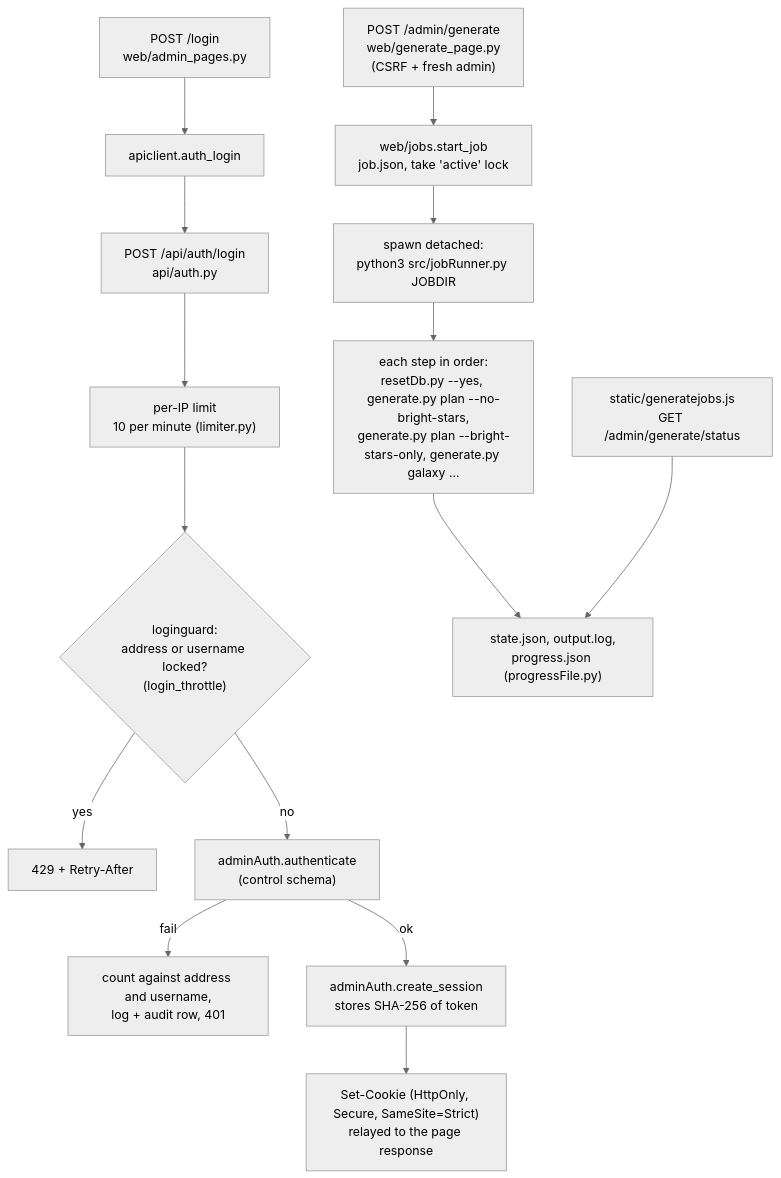
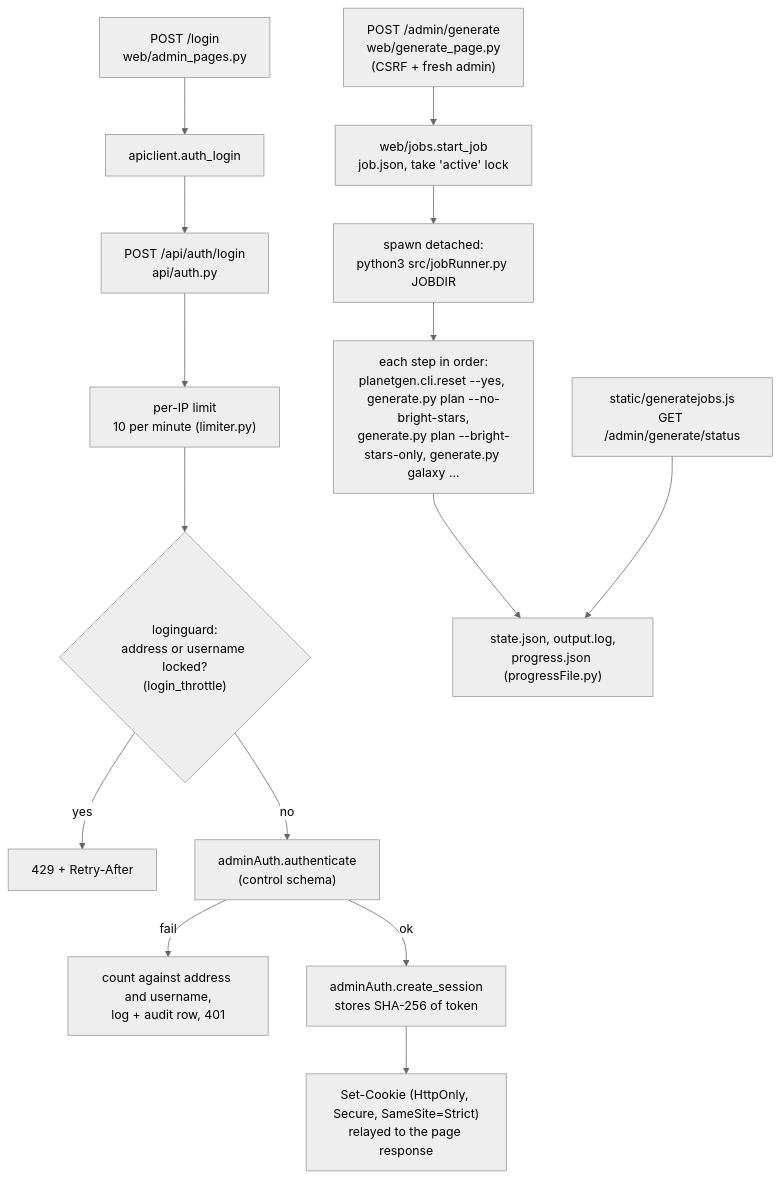
The seventh of 8 diagrams in docs/design/architecture.md (dwhagar/planetGen), drawn with Mermaid (neutral theme) before and after one commit. The commit also changed other lines of this file and 225 other files, not shown here.

First line of the commit message:
Move population, admin, db and the src/ scripts into planetgen (OPS.24 steps 6 to 8) (#450)

````diff
--- a/docs/design/architecture.md
+++ b/docs/design/architecture.md
@@ -658,18 +658,18 @@
 ```mermaid
 flowchart TD
     LP["POST /login<br/>web/admin_pages.py"] --> ACL["apiclient.auth_login"]
     ACL --> AL["POST /api/auth/login<br/>api/auth.py"]
     AL --> RL["per-IP limit<br/>10 per minute (limiter.py)"]
     RL --> BO{"loginguard:<br/>address or username locked?<br/>(login_throttle)"}
     BO -->|"yes"| E429["429 + Retry-After"]
     BO -->|"no"| Auth["adminAuth.authenticate<br/>(control schema)"]
     Auth -->|"fail"| Rec["count against address and username,<br/>log + audit row, 401"]
     Auth -->|"ok"| Sess["adminAuth.create_session<br/>stores SHA-256 of token"]
     Sess --> Cookie["Set-Cookie (HttpOnly, Secure, SameSite=Strict)<br/>relayed to the page response"]
 
     Gen["POST /admin/generate<br/>web/generate_page.py<br/>(CSRF + fresh admin)"] --> SJ["web/jobs.start_job<br/>job.json, take 'active' lock"]
     SJ --> Spawn["spawn detached:<br/>python3 src/jobRunner.py JOBDIR"]
-    Spawn --> Steps["each step in order:<br/>resetDb.py --yes, generate.py plan --no-bright-stars,<br/>generate.py plan --bright-stars-only, generate.py galaxy ..."]
+    Spawn --> Steps["each step in order:<br/>planetgen.cli.reset --yes, generate.py plan --no-bright-stars,<br/>generate.py plan --bright-stars-only, generate.py galaxy ..."]
     Steps --> Files["state.json, output.log,<br/>progress.json (progressFile.py)"]
     Poll["static/generatejobs.js<br/>GET /admin/generate/status"] --> Files
 ```
````
